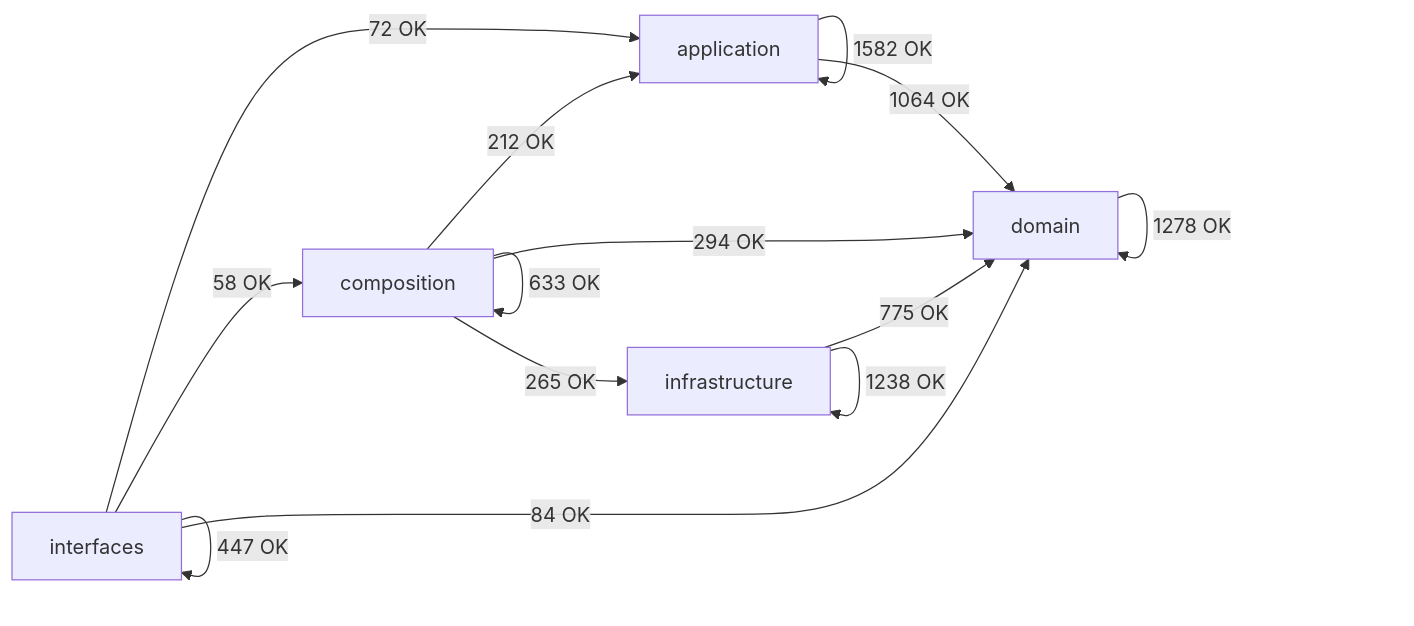
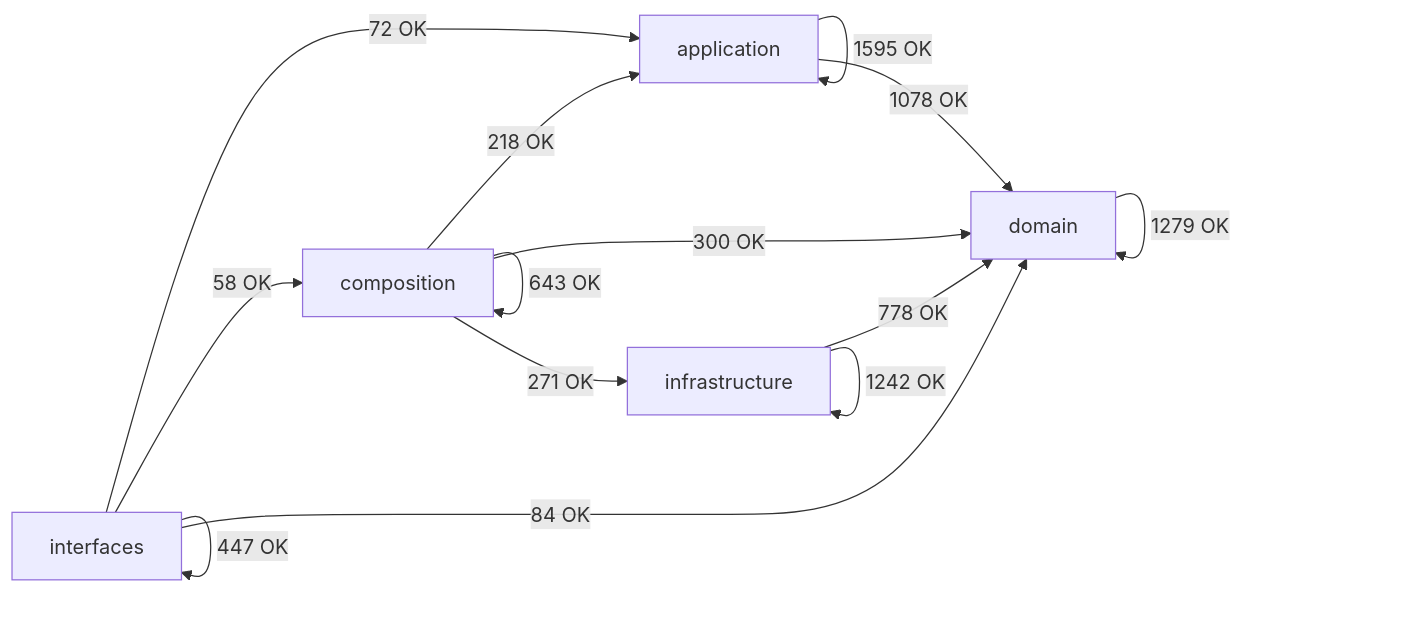
One commit to SatoryKono/BioactivityDataAcquisition changed the diagram in docs/02-architecture/generated/module-dependency-map.md. Above: the diagram before and after it, drawn with Mermaid. The commit also changed other lines of this file and 191 other files, not shown here.

Commit message:
refactor: repair architecture ownership and evidence contracts

````diff
--- a/docs/02-architecture/generated/module-dependency-map.md
+++ b/docs/02-architecture/generated/module-dependency-map.md
@@ -17,21 +17,21 @@
 ```mermaid
 flowchart LR
     domain[domain]
     application[application]
     infrastructure[infrastructure]
     composition[composition]
     interfaces[interfaces]
-    application -->|1582 OK| application
-    application -->|1064 OK| domain
-    composition -->|212 OK| application
-    composition -->|633 OK| composition
-    composition -->|294 OK| domain
-    composition -->|265 OK| infrastructure
-    domain -->|1278 OK| domain
-    infrastructure -->|775 OK| domain
-    infrastructure -->|1238 OK| infrastructure
+    application -->|1595 OK| application
+    application -->|1078 OK| domain
+    composition -->|218 OK| application
+    composition -->|643 OK| composition
+    composition -->|300 OK| domain
+    composition -->|271 OK| infrastructure
+    domain -->|1279 OK| domain
+    infrastructure -->|778 OK| domain
+    infrastructure -->|1242 OK| infrastructure
     interfaces -->|72 OK| application
     interfaces -->|58 OK| composition
     interfaces -->|84 OK| domain
     interfaces -->|447 OK| interfaces
 ```
````
